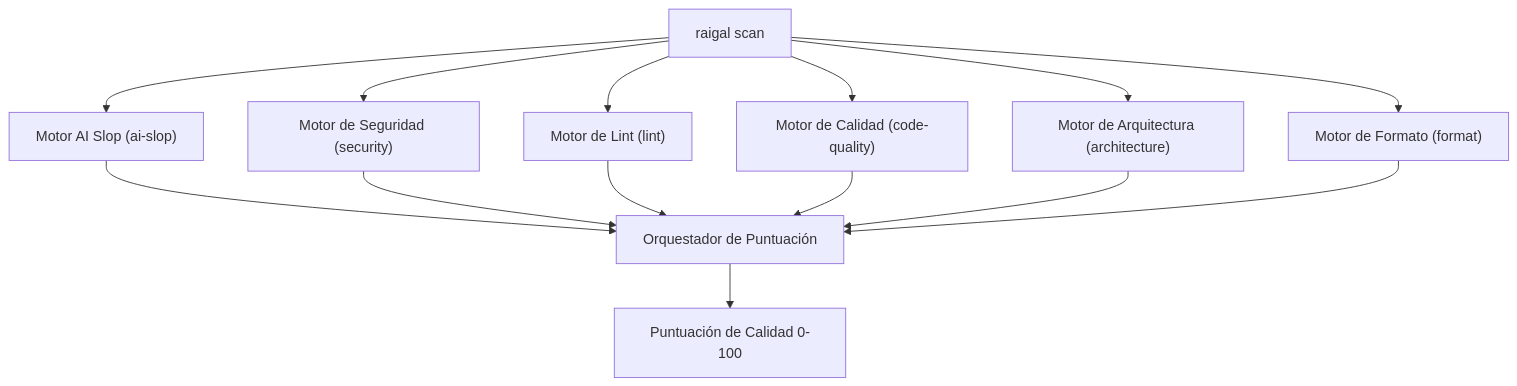
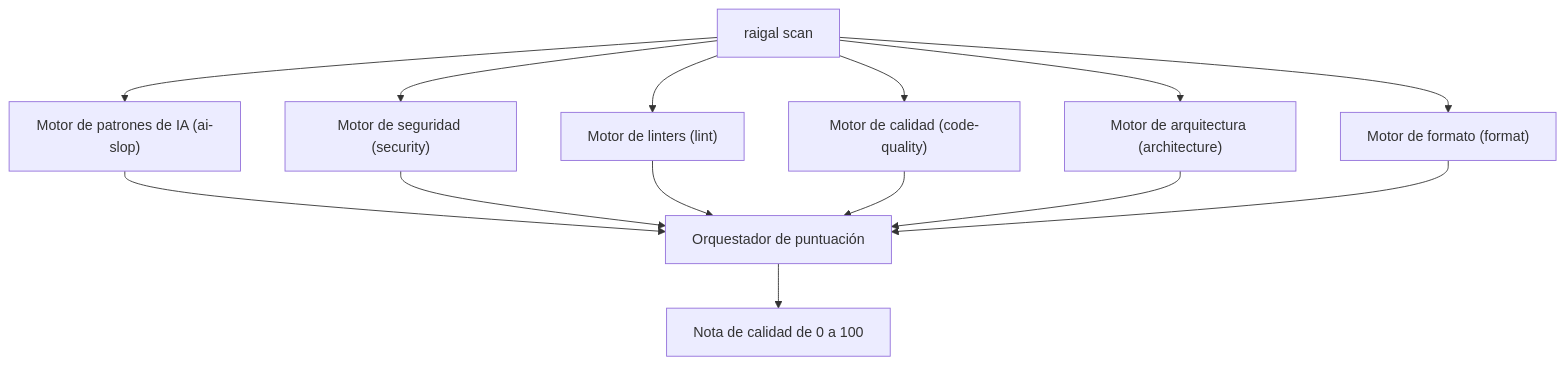
The diagram in es/core-concepts/rules.mdx (meethiu/raigal-docs), drawn with Mermaid before and after one commit. The commit also changed other lines of this file and 34 other files, not shown here.

````diff
--- a/es/core-concepts/rules.mdx
+++ b/es/core-concepts/rules.mdx
@@ -8,16 +8,16 @@
 ```mermaid
 graph TD
-    A[raigal scan] --> B["Motor AI Slop (ai-slop)"]
-    A --> C["Motor de Seguridad (security)"]
-    A --> D["Motor de Lint (lint)"]
-    A --> E["Motor de Calidad (code-quality)"]
-    A --> F["Motor de Arquitectura (architecture)"]
-    A --> G["Motor de Formato (format)"]
-    B --> H[Orquestador de Puntuación]
+    A[raigal scan] --> B["Motor de patrones de IA (ai-slop)"]
+    A --> C["Motor de seguridad (security)"]
+    A --> D["Motor de linters (lint)"]
+    A --> E["Motor de calidad (code-quality)"]
+    A --> F["Motor de arquitectura (architecture)"]
+    A --> G["Motor de formato (format)"]
+    B --> H[Orquestador de puntuación]
     C --> H
     D --> H
     E --> H
     F --> H
     G --> H
-    H --> I[Puntuación de Calidad 0-100]
+    H --> I[Nota de calidad de 0 a 100]
 ```
````
